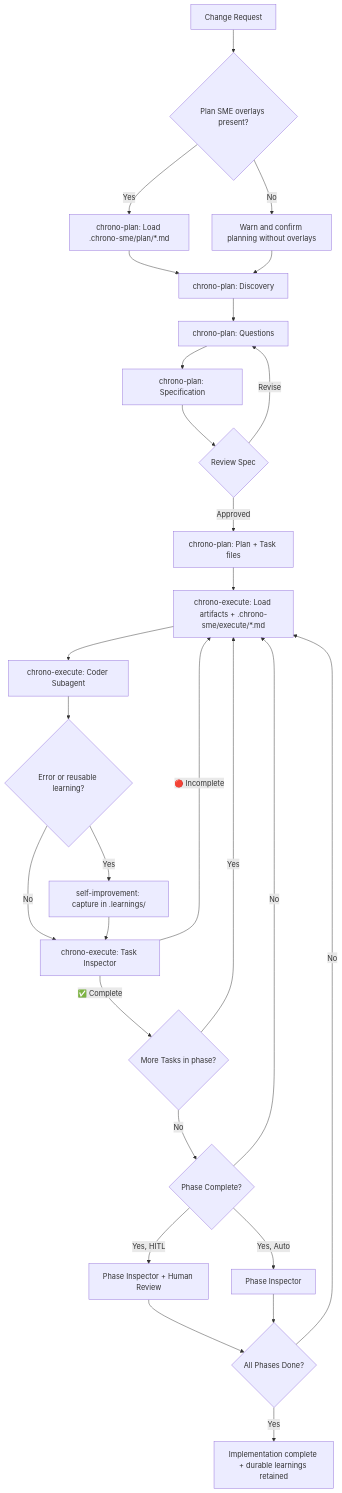
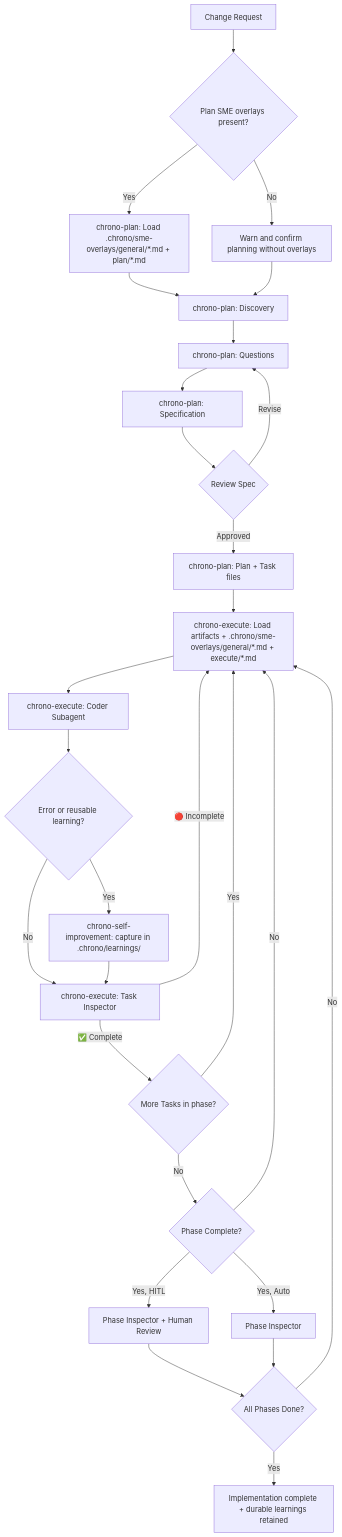
Before and after one commit to ngagne/chrono: the diagram in README.md, drawn with Mermaid. The commit also changed other lines of this file and 17 other files, not shown here.

Commit message:
add general SME overlay support, refactoring of artifacts and skills

````diff
--- a/README.md
+++ b/README.md
@@ -254,30 +268,30 @@
 ```mermaid
 graph TD
    A[Change Request] --> B{Plan SME overlays present?}
-   B -->|Yes| C[chrono-plan: Load .chrono-sme/plan/*.md]
+   B -->|Yes| C[chrono-plan: Load .chrono/sme-overlays/general/*.md + plan/*.md]
    B -->|No| D[Warn and confirm planning without overlays]
    C --> E[chrono-plan: Discovery]
    D --> E
    E --> F[chrono-plan: Questions]
    F --> G[chrono-plan: Specification]
    G --> H{Review Spec}
    H -->|Approved| I[chrono-plan: Plan + Task files]
    H -->|Revise| F
-   I --> J[chrono-execute: Load artifacts + .chrono-sme/execute/*.md]
+   I --> J[chrono-execute: Load artifacts + .chrono/sme-overlays/general/*.md + execute/*.md]
    J --> K[chrono-execute: Coder Subagent]
    K --> L{Error or reusable learning?}
-   L -->|Yes| M[self-improvement: capture in .learnings/]
+   L -->|Yes| M[chrono-self-improvement: capture in .chrono/learnings/]
    L -->|No| N[chrono-execute: Task Inspector]
    M --> N
    N -->|✅ Complete| O{More Tasks in phase?}
    N -->|🔴 Incomplete| J
    O -->|Yes| J
    O -->|No| P{Phase Complete?}
    P -->|Yes, HITL| Q[Phase Inspector + Human Review]
    P -->|Yes, Auto| R[Phase Inspector]
    P -->|No| J
    Q --> S{All Phases Done?}
    R --> S
    S -->|Yes| T[Implementation complete + durable learnings retained]
    S -->|No| J
 ```
````
